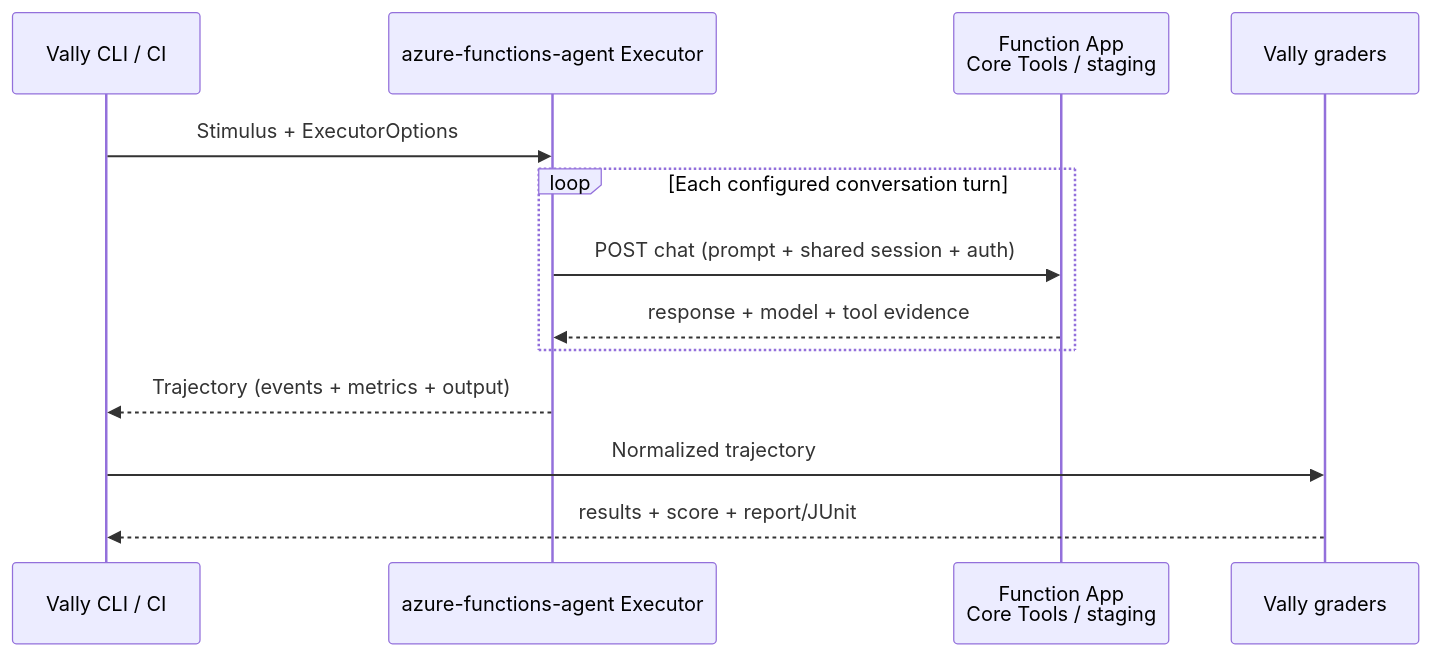
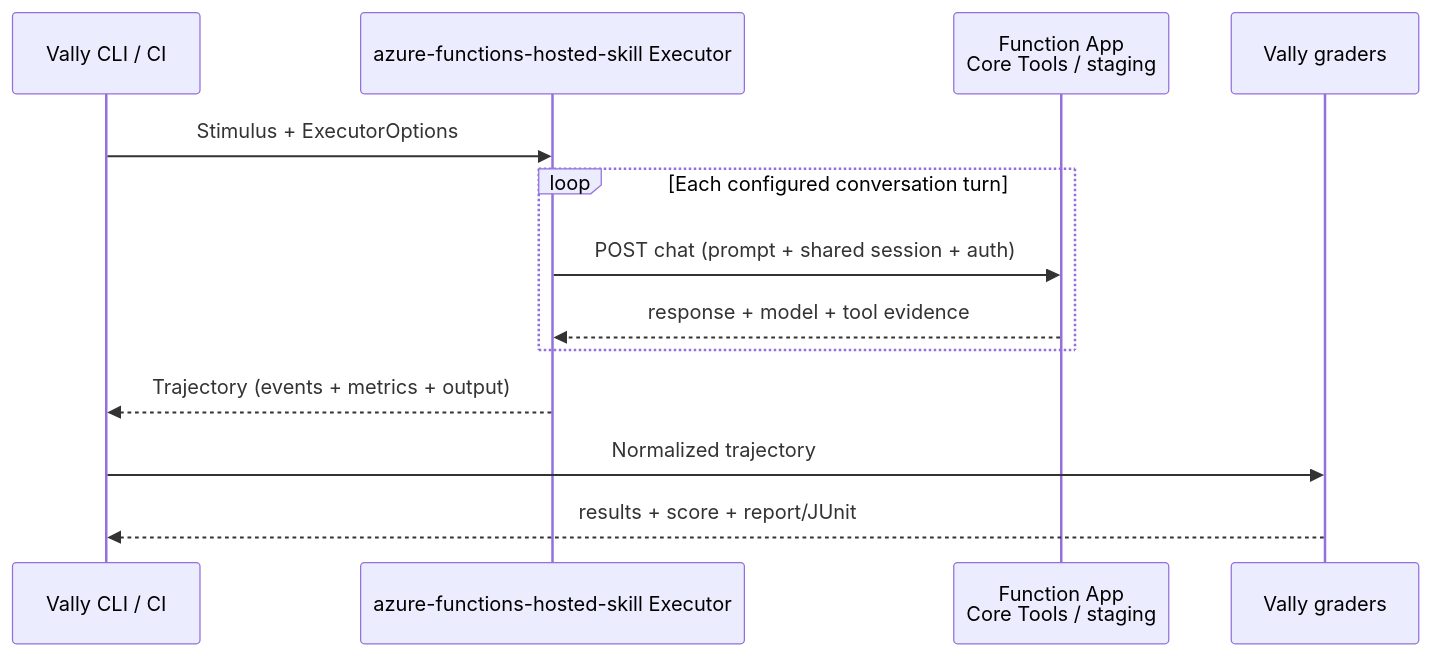
One commit to Azure/azure-functions-agents-runtime changed the diagram in docs/frds/0010-agent-evaluations.md. Above: the diagram before and after it, drawn with Mermaid. The commit also changed other lines of this file and 10 other files, not shown here.

Commit message:
Update hosted-skill evaluator for 0.2.0

````diff
--- a/docs/frds/0010-agent-evaluations.md
+++ b/docs/frds/0010-agent-evaluations.md
@@ -112,15 +112,15 @@
 ```mermaid
 sequenceDiagram
   participant C as Vally CLI / CI
-  participant E as azure-functions-agent Executor
+  participant E as azure-functions-hosted-skill Executor
   participant H as Function App<br/>Core Tools / staging
   participant G as Vally graders
   C->>E: Stimulus + ExecutorOptions
   loop Each configured conversation turn
     E->>H: POST chat (prompt + shared session + auth)
     H-->>E: response + model + tool evidence
   end
   E-->>C: Trajectory (events + metrics + output)
   C->>G: Normalized trajectory
   G-->>C: results + score + report/JUnit
 ```
````
